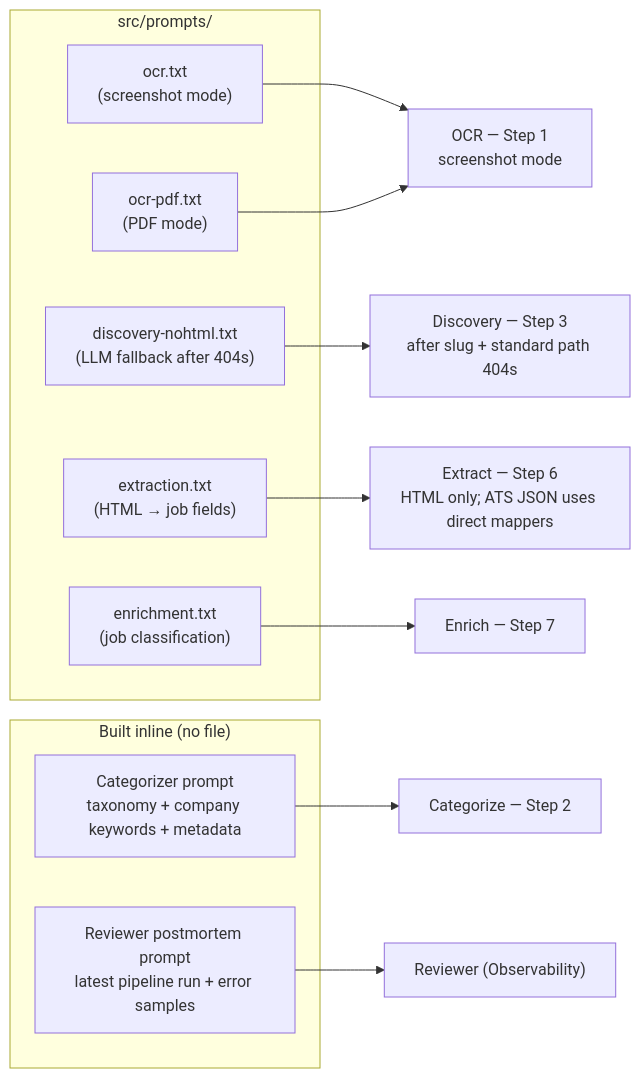
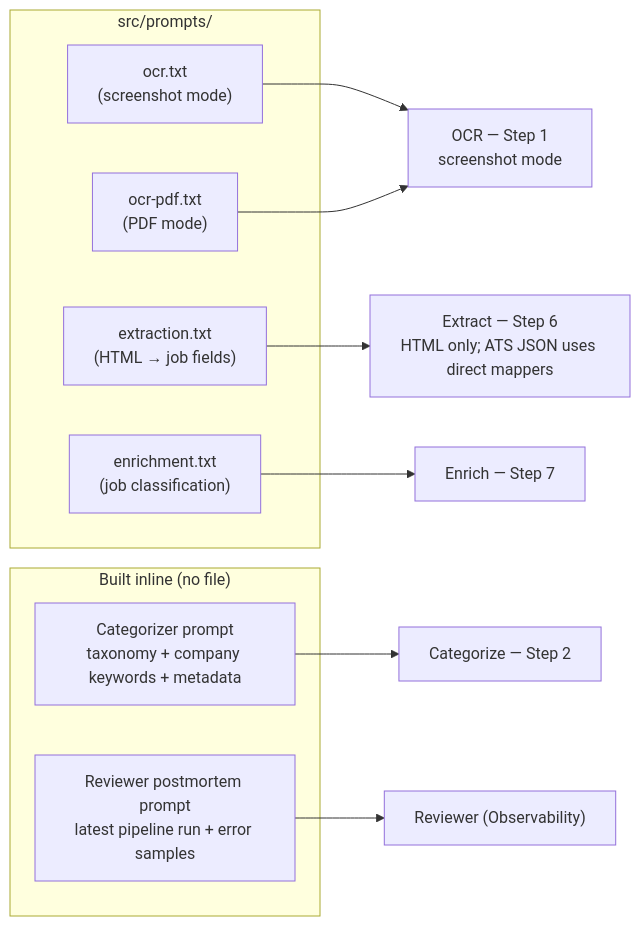
Before and after one commit to walshkang/csb-job-board: the second of 2 diagrams in README.md, drawn with Mermaid. The commit also changed other lines of this file and 3 other files, not shown here.

````diff
--- a/README.md
+++ b/README.md
@@ -261,23 +261,21 @@
 ```mermaid
 flowchart LR
     subgraph Prompts ["src/prompts/"]
         P1["ocr.txt\n(screenshot mode)"]
         P2["ocr-pdf.txt\n(PDF mode)"]
-        P3["discovery-nohtml.txt\n(LLM fallback after 404s)"]
         P4["extraction.txt\n(HTML → job fields)"]
         P5["enrichment.txt\n(job classification)"]
     end
 
     subgraph Inline ["Built inline (no file)"]
         I1["Categorizer prompt\ntaxonomy + company keywords + metadata"]
         I2["Reviewer postmortem prompt\nlatest pipeline run + error samples"]
     end
 
     P1 --> OCR["OCR — Step 1\nscreenshot mode"]
     P2 --> OCR
-    P3 --> DISC["Discovery — Step 3\nafter slug + standard path 404s"]
     P4 --> EXT["Extract — Step 6\nHTML only; ATS JSON uses direct mappers"]
     P5 --> ENR["Enrich — Step 7"]
     I1 --> CAT["Categorize — Step 2"]
     I2 --> REV["Reviewer (Observability)"]
 ```
````
